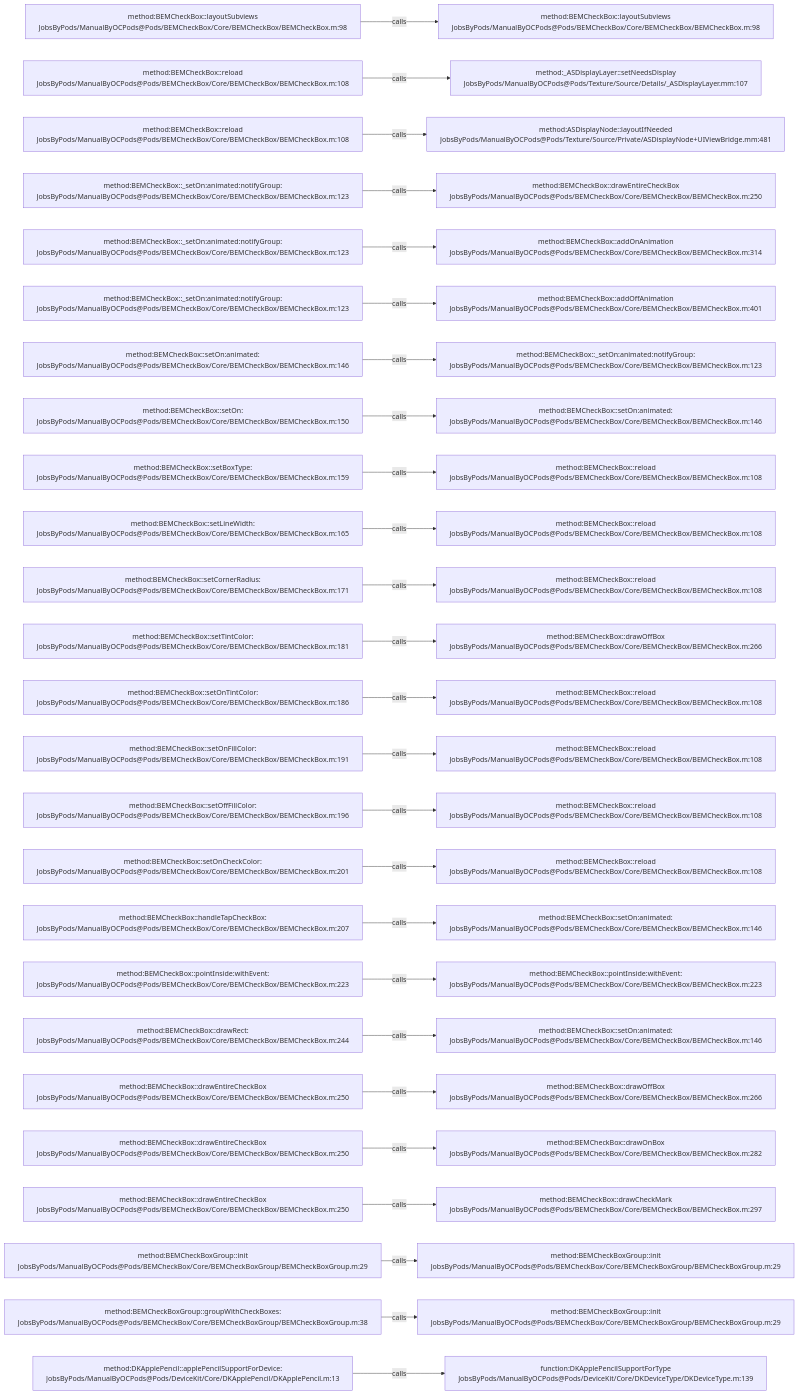
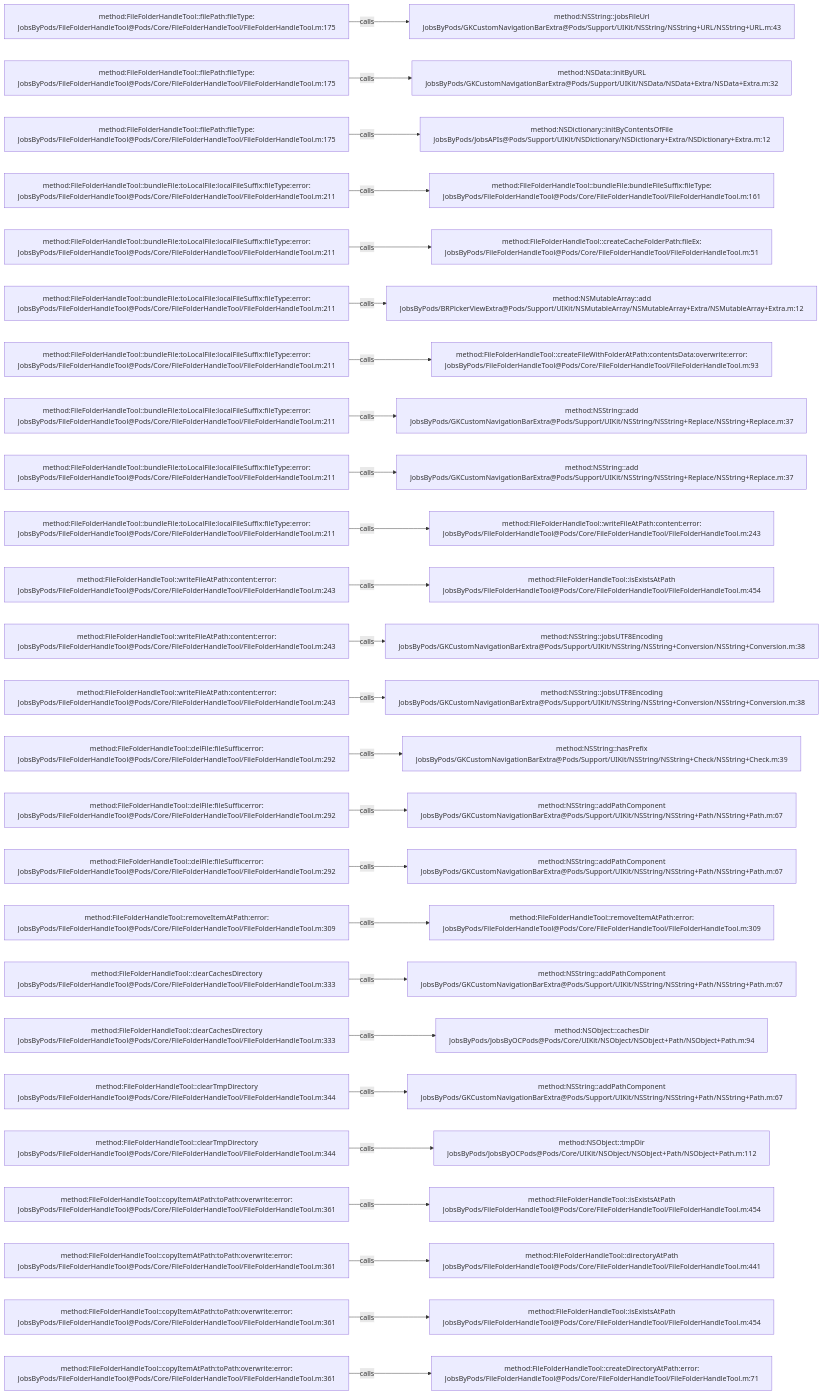
The diagram in .codegraph/codegraph.md/graphs/calls-006.md (JobsKits/JobsOCBaseConfigDemo), drawn with Mermaid before and after one commit. The commit also changed 768 other files, not shown here.

````diff
--- a/.codegraph/codegraph.md/graphs/calls-006.md
+++ b/.codegraph/codegraph.md/graphs/calls-006.md
@@ -13,78 +13,78 @@
 ```mermaid
 flowchart LR
-  S1["method:BEMCheckBox::layoutSubviews<br/>JobsByPods/ManualByOCPods@Pods/BEMCheckBox/Core/BEMCheckBox/BEMCheckBox.m:98"]
-  T1["method:BEMCheckBox::layoutSubviews<br/>JobsByPods/ManualByOCPods@Pods/BEMCheckBox/Core/BEMCheckBox/BEMCheckBox.m:98"]
+  S1["method:FileFolderHandleTool::filePath:fileType:<br/>JobsByPods/FileFolderHandleTool@Pods/Core/FileFolderHandleTool/FileFolderHandleTool.m:175"]
+  T1["method:NSString::jobsFileUrl<br/>JobsByPods/GKCustomNavigationBarExtra@Pods/Support/UIKit/NSString/NSString+URL/NSString+URL.m:43"]
   S1 -->|calls| T1
-  S2["method:BEMCheckBox::reload<br/>JobsByPods/ManualByOCPods@Pods/BEMCheckBox/Core/BEMCheckBox/BEMCheckBox.m:108"]
-  T2["method:_ASDisplayLayer::setNeedsDisplay<br/>JobsByPods/ManualByOCPods@Pods/Texture/Source/Details/_ASDisplayLayer.mm:107"]
+  S2["method:FileFolderHandleTool::filePath:fileType:<br/>JobsByPods/FileFolderHandleTool@Pods/Core/FileFolderHandleTool/FileFolderHandleTool.m:175"]
+  T2["method:NSData::initByURL<br/>JobsByPods/GKCustomNavigationBarExtra@Pods/Support/UIKit/NSData/NSData+Extra/NSData+Extra.m:32"]
   S2 -->|calls| T2
-  S3["method:BEMCheckBox::reload<br/>JobsByPods/ManualByOCPods@Pods/BEMCheckBox/Core/BEMCheckBox/BEMCheckBox.m:108"]
-  T3["method:ASDisplayNode::layoutIfNeeded<br/>JobsByPods/ManualByOCPods@Pods/Texture/Source/Private/ASDisplayNode+UIViewBridge.mm:481"]
+  S3["method:FileFolderHandleTool::filePath:fileType:<br/>JobsByPods/FileFolderHandleTool@Pods/Core/FileFolderHandleTool/FileFolderHandleTool.m:175"]
+  T3["method:NSDictionary::initByContentsOfFile<br/>JobsByPods/JobsAPIs@Pods/Support/UIKit/NSDictionary/NSDictionary+Extra/NSDictionary+Extra.m:12"]
   S3 -->|calls| T3
-  S4["method:BEMCheckBox::_setOn:animated:notifyGroup:<br/>JobsByPods/ManualByOCPods@Pods/BEMCheckBox/Core/BEMCheckBox/BEMCheckBox.m:123"]
-  T4["method:BEMCheckBox::drawEntireCheckBox<br/>JobsByPods/ManualByOCPods@Pods/BEMCheckBox/Core/BEMCheckBox/BEMCheckBox.m:250"]
+  S4["method:FileFolderHandleTool::bundleFile:toLocalFile:localFileSuffix:fileType:error:<br/>JobsByPods/FileFolderHandleTool@Pods/Core/FileFolderHandleTool/FileFolderHandleTool.m:211"]
+  T4["method:FileFolderHandleTool::bundleFile:bundleFileSuffix:fileType:<br/>JobsByPods/FileFolderHandleTool@Pods/Core/FileFolderHandleTool/FileFolderHandleTool.m:161"]
   S4 -->|calls| T4
-  S5["method:BEMCheckBox::_setOn:animated:notifyGroup:<br/>JobsByPods/ManualByOCPods@Pods/BEMCheckBox/Core/BEMCheckBox/BEMCheckBox.m:123"]
-  T5["method:BEMCheckBox::addOnAnimation<br/>JobsByPods/ManualByOCPods@Pods/BEMCheckBox/Core/BEMCheckBox/BEMCheckBox.m:314"]
+  S5["method:FileFolderHandleTool::bundleFile:toLocalFile:localFileSuffix:fileType:error:<br/>JobsByPods/FileFolderHandleTool@Pods/Core/FileFolderHandleTool/FileFolderHandleTool.m:211"]
+  T5["method:FileFolderHandleTool::createCacheFolderPath:fileEx:<br/>JobsByPods/FileFolderHandleTool@Pods/Core/FileFolderHandleTool/FileFolderHandleTool.m:51"]
   S5 -->|calls| T5
-  S6["method:BEMCheckBox::_setOn:animated:notifyGroup:<br/>JobsByPods/ManualByOCPods@Pods/BEMCheckBox/Core/BEMCheckBox/BEMCheckBox.m:123"]
-  T6["method:BEMCheckBox::addOffAnimation<br/>JobsByPods/ManualByOCPods@Pods/BEMCheckBox/Core/BEMCheckBox/BEMCheckBox.m:401"]
+  S6["method:FileFolderHandleTool::bundleFile:toLocalFile:localFileSuffix:fileType:error:<br/>JobsByPods/FileFolderHandleTool@Pods/Core/FileFolderHandleTool/FileFolderHandleTool.m:211"]
+  T6["method:NSMutableArray::add<br/>JobsByPods/BRPickerViewExtra@Pods/Support/UIKit/NSMutableArray/NSMutableArray+Extra/NSMutableArray+Extra.m:12"]
   S6 -->|calls| T6
-  S7["method:BEMCheckBox::setOn:animated:<br/>JobsByPods/ManualByOCPods@Pods/BEMCheckBox/Core/BEMCheckBox/BEMCheckBox.m:146"]
-  T7["method:BEMCheckBox::_setOn:animated:notifyGroup:<br/>JobsByPods/ManualByOCPods@Pods/BEMCheckBox/Core/BEMCheckBox/BEMCheckBox.m:123"]
+  S7["method:FileFolderHandleTool::bundleFile:toLocalFile:localFileSuffix:fileType:error:<br/>JobsByPods/FileFolderHandleTool@Pods/Core/FileFolderHandleTool/FileFolderHandleTool.m:211"]
+  T7["method:FileFolderHandleTool::createFileWithFolderAtPath:contentsData:overwrite:error:<br/>JobsByPods/FileFolderHandleTool@Pods/Core/FileFolderHandleTool/FileFolderHandleTool.m:93"]
   S7 -->|calls| T7
-  S8["method:BEMCheckBox::setOn:<br/>JobsByPods/ManualByOCPods@Pods/BEMCheckBox/Core/BEMCheckBox/BEMCheckBox.m:150"]
-  T8["method:BEMCheckBox::setOn:animated:<br/>JobsByPods/ManualByOCPods@Pods/BEMCheckBox/Core/BEMCheckBox/BEMCheckBox.m:146"]
+  S8["method:FileFolderHandleTool::bundleFile:toLocalFile:localFileSuffix:fileType:error:<br/>JobsByPods/FileFolderHandleTool@Pods/Core/FileFolderHandleTool/FileFolderHandleTool.m:211"]
+  T8["method:NSString::add<br/>JobsByPods/GKCustomNavigationBarExtra@Pods/Support/UIKit/NSString/NSString+Replace/NSString+Replace.m:37"]
   S8 -->|calls| T8
-  S9["method:BEMCheckBox::setBoxType:<br/>JobsByPods/ManualByOCPods@Pods/BEMCheckBox/Core/BEMCheckBox/BEMCheckBox.m:159"]
-  T9["method:BEMCheckBox::reload<br/>JobsByPods/ManualByOCPods@Pods/BEMCheckBox/Core/BEMCheckBox/BEMCheckBox.m:108"]
+  S9["method:FileFolderHandleTool::bundleFile:toLocalFile:localFileSuffix:fileType:error:<br/>JobsByPods/FileFolderHandleTool@Pods/Core/FileFolderHandleTool/FileFolderHandleTool.m:211"]
+  T9["method:NSString::add<br/>JobsByPods/GKCustomNavigationBarExtra@Pods/Support/UIKit/NSString/NSString+Replace/NSString+Replace.m:37"]
   S9 -->|calls| T9
-  S10["method:BEMCheckBox::setLineWidth:<br/>JobsByPods/ManualByOCPods@Pods/BEMCheckBox/Core/BEMCheckBox/BEMCheckBox.m:165"]
-  T10["method:BEMCheckBox::reload<br/>JobsByPods/ManualByOCPods@Pods/BEMCheckBox/Core/BEMCheckBox/BEMCheckBox.m:108"]
+  S10["method:FileFolderHandleTool::bundleFile:toLocalFile:localFileSuffix:fileType:error:<br/>JobsByPods/FileFolderHandleTool@Pods/Core/FileFolderHandleTool/FileFolderHandleTool.m:211"]
+  T10["method:FileFolderHandleTool::writeFileAtPath:content:error:<br/>JobsByPods/FileFolderHandleTool@Pods/Core/FileFolderHandleTool/FileFolderHandleTool.m:243"]
   S10 -->|calls| T10
-  S11["method:BEMCheckBox::setCornerRadius:<br/>JobsByPods/ManualByOCPods@Pods/BEMCheckBox/Core/BEMCheckBox/BEMCheckBox.m:171"]
-  T11["method:BEMCheckBox::reload<br/>JobsByPods/ManualByOCPods@Pods/BEMCheckBox/Core/BEMCheckBox/BEMCheckBox.m:108"]
+  S11["method:FileFolderHandleTool::writeFileAtPath:content:error:<br/>JobsByPods/FileFolderHandleTool@Pods/Core/FileFolderHandleTool/FileFolderHandleTool.m:243"]
+  T11["method:FileFolderHandleTool::isExistsAtPath<br/>JobsByPods/FileFolderHandleTool@Pods/Core/FileFolderHandleTool/FileFolderHandleTool.m:454"]
   S11 -->|calls| T11
-  S12["method:BEMCheckBox::setTintColor:<br/>JobsByPods/ManualByOCPods@Pods/BEMCheckBox/Core/BEMCheckBox/BEMCheckBox.m:181"]
-  T12["method:BEMCheckBox::drawOffBox<br/>JobsByPods/ManualByOCPods@Pods/BEMCheckBox/Core/BEMCheckBox/BEMCheckBox.m:266"]
+  S12["method:FileFolderHandleTool::writeFileAtPath:content:error:<br/>JobsByPods/FileFolderHandleTool@Pods/Core/FileFolderHandleTool/FileFolderHandleTool.m:243"]
+  T12["method:NSString::jobsUTF8Encoding<br/>JobsByPods/GKCustomNavigationBarExtra@Pods/Support/UIKit/NSString/NSString+Conversion/NSString+Conversion.m:38"]
   S12 -->|calls| T12
-  S13["method:BEMCheckBox::setOnTintColor:<br/>JobsByPods/ManualByOCPods@Pods/BEMCheckBox/Core/BEMCheckBox/BEMCheckBox.m:186"]
-  T13["method:BEMCheckBox::reload<br/>JobsByPods/ManualByOCPods@Pods/BEMCheckBox/Core/BEMCheckBox/BEMCheckBox.m:108"]
+  S13["method:FileFolderHandleTool::writeFileAtPath:content:error:<br/>JobsByPods/FileFolderHandleTool@Pods/Core/FileFolderHandleTool/FileFolderHandleTool.m:243"]
+  T13["method:NSString::jobsUTF8Encoding<br/>JobsByPods/GKCustomNavigationBarExtra@Pods/Support/UIKit/NSString/NSString+Conversion/NSString+Conversion.m:38"]
   S13 -->|calls| T13
-  S14["method:BEMCheckBox::setOnFillColor:<br/>JobsByPods/ManualByOCPods@Pods/BEMCheckBox/Core/BEMCheckBox/BEMCheckBox.m:191"]
-  T14["method:BEMCheckBox::reload<br/>JobsByPods/ManualByOCPods@Pods/BEMCheckBox/Core/BEMCheckBox/BEMCheckBox.m:108"]
+  S14["method:FileFolderHandleTool::delFile:fileSuffix:error:<br/>JobsByPods/FileFolderHandleTool@Pods/Core/FileFolderHandleTool/FileFolderHandleTool.m:292"]
+  T14["method:NSString::hasPrefix<br/>JobsByPods/GKCustomNavigationBarExtra@Pods/Support/UIKit/NSString/NSString+Check/NSString+Check.m:39"]
   S14 -->|calls| T14
-  S15["method:BEMCheckBox::setOffFillColor:<br/>JobsByPods/ManualByOCPods@Pods/BEMCheckBox/Core/BEMCheckBox/BEMCheckBox.m:196"]
-  T15["method:BEMCheckBox::reload<br/>JobsByPods/ManualByOCPods@Pods/BEMCheckBox/Core/BEMCheckBox/BEMCheckBox.m:108"]
+  S15["method:FileFolderHandleTool::delFile:fileSuffix:error:<br/>JobsByPods/FileFolderHandleTool@Pods/Core/FileFolderHandleTool/FileFolderHandleTool.m:292"]
+  T15["method:NSString::addPathComponent<br/>JobsByPods/GKCustomNavigationBarExtra@Pods/Support/UIKit/NSString/NSString+Path/NSString+Path.m:67"]
   S15 -->|calls| T15
-  S16["method:BEMCheckBox::setOnCheckColor:<br/>JobsByPods/ManualByOCPods@Pods/BEMCheckBox/Core/BEMCheckBox/BEMCheckBox.m:201"]
-  T16["method:BEMCheckBox::reload<br/>JobsByPods/ManualByOCPods@Pods/BEMCheckBox/Core/BEMCheckBox/BEMCheckBox.m:108"]
+  S16["method:FileFolderHandleTool::delFile:fileSuffix:error:<br/>JobsByPods/FileFolderHandleTool@Pods/Core/FileFolderHandleTool/FileFolderHandleTool.m:292"]
+  T16["method:NSString::addPathComponent<br/>JobsByPods/GKCustomNavigationBarExtra@Pods/Support/UIKit/NSString/NSString+Path/NSString+Path.m:67"]
   S16 -->|calls| T16
-  S17["method:BEMCheckBox::handleTapCheckBox:<br/>JobsByPods/ManualByOCPods@Pods/BEMCheckBox/Core/BEMCheckBox/BEMCheckBox.m:207"]
-  T17["method:BEMCheckBox::setOn:animated:<br/>JobsByPods/ManualByOCPods@Pods/BEMCheckBox/Core/BEMCheckBox/BEMCheckBox.m:146"]
+  S17["method:FileFolderHandleTool::removeItemAtPath:error:<br/>JobsByPods/FileFolderHandleTool@Pods/Core/FileFolderHandleTool/FileFolderHandleTool.m:309"]
+  T17["method:FileFolderHandleTool::removeItemAtPath:error:<br/>JobsByPods/FileFolderHandleTool@Pods/Core/FileFolderHandleTool/FileFolderHandleTool.m:309"]
   S17 -->|calls| T17
-  S18["method:BEMCheckBox::pointInside:withEvent:<br/>JobsByPods/ManualByOCPods@Pods/BEMCheckBox/Core/BEMCheckBox/BEMCheckBox.m:223"]
-  T18["method:BEMCheckBox::pointInside:withEvent:<br/>JobsByPods/ManualByOCPods@Pods/BEMCheckBox/Core/BEMCheckBox/BEMCheckBox.m:223"]
+  S18["method:FileFolderHandleTool::clearCachesDirectory<br/>JobsByPods/FileFolderHandleTool@Pods/Core/FileFolderHandleTool/FileFolderHandleTool.m:333"]
+  T18["method:NSString::addPathComponent<br/>JobsByPods/GKCustomNavigationBarExtra@Pods/Support/UIKit/NSString/NSString+Path/NSString+Path.m:67"]
   S18 -->|calls| T18
-  S19["method:BEMCheckBox::drawRect:<br/>JobsByPods/ManualByOCPods@Pods/BEMCheckBox/Core/BEMCheckBox/BEMCheckBox.m:244"]
-  T19["method:BEMCheckBox::setOn:animated:<br/>JobsByPods/ManualByOCPods@Pods/BEMCheckBox/Core/BEMCheckBox/BEMCheckBox.m:146"]
+  S19["method:FileFolderHandleTool::clearCachesDirectory<br/>JobsByPods/FileFolderHandleTool@Pods/Core/FileFolderHandleTool/FileFolderHandleTool.m:333"]
+  T19["method:NSObject::cachesDir<br/>JobsByPods/JobsByOCPods@Pods/Core/UIKit/NSObject/NSObject+Path/NSObject+Path.m:94"]
   S19 -->|calls| T19
-  S20["method:BEMCheckBox::drawEntireCheckBox<br/>JobsByPods/ManualByOCPods@Pods/BEMCheckBox/Core/BEMCheckBox/BEMCheckBox.m:250"]
-  T20["method:BEMCheckBox::drawOffBox<br/>JobsByPods/ManualByOCPods@Pods/BEMCheckBox/Core/BEMCheckBox/BEMCheckBox.m:266"]
+  S20["method:FileFolderHandleTool::clearTmpDirectory<br/>JobsByPods/FileFolderHandleTool@Pods/Core/FileFolderHandleTool/FileFolderHandleTool.m:344"]
+  T20["method:NSString::addPathComponent<br/>JobsByPods/GKCustomNavigationBarExtra@Pods/Support/UIKit/NSString/NSString+Path/NSString+Path.m:67"]
   S20 -->|calls| T20
-  S21["method:BEMCheckBox::drawEntireCheckBox<br/>JobsByPods/ManualByOCPods@Pods/BEMCheckBox/Core/BEMCheckBox/BEMCheckBox.m:250"]
-  T21["method:BEMCheckBox::drawOnBox<br/>JobsByPods/ManualByOCPods@Pods/BEMCheckBox/Core/BEMCheckBox/BEMCheckBox.m:282"]
+  S21["method:FileFolderHandleTool::clearTmpDirectory<br/>JobsByPods/FileFolderHandleTool@Pods/Core/FileFolderHandleTool/FileFolderHandleTool.m:344"]
+  T21["method:NSObject::tmpDir<br/>JobsByPods/JobsByOCPods@Pods/Core/UIKit/NSObject/NSObject+Path/NSObject+Path.m:112"]
   S21 -->|calls| T21
-  S22["method:BEMCheckBox::drawEntireCheckBox<br/>JobsByPods/ManualByOCPods@Pods/BEMCheckBox/Core/BEMCheckBox/BEMCheckBox.m:250"]
-  T22["method:BEMCheckBox::drawCheckMark<br/>JobsByPods/ManualByOCPods@Pods/BEMCheckBox/Core/BEMCheckBox/BEMCheckBox.m:297"]
+  S22["method:FileFolderHandleTool::copyItemAtPath:toPath:overwrite:error:<br/>JobsByPods/FileFolderHandleTool@Pods/Core/FileFolderHandleTool/FileFolderHandleTool.m:361"]
+  T22["method:FileFolderHandleTool::isExistsAtPath<br/>JobsByPods/FileFolderHandleTool@Pods/Core/FileFolderHandleTool/FileFolderHandleTool.m:454"]
   S22 -->|calls| T22
-  S23["method:BEMCheckBoxGroup::init<br/>JobsByPods/ManualByOCPods@Pods/BEMCheckBox/Core/BEMCheckBoxGroup/BEMCheckBoxGroup.m:29"]
-  T23["method:BEMCheckBoxGroup::init<br/>JobsByPods/ManualByOCPods@Pods/BEMCheckBox/Core/BEMCheckBoxGroup/BEMCheckBoxGroup.m:29"]
+  S23["method:FileFolderHandleTool::copyItemAtPath:toPath:overwrite:error:<br/>JobsByPods/FileFolderHandleTool@Pods/Core/FileFolderHandleTool/FileFolderHandleTool.m:361"]
+  T23["method:FileFolderHandleTool::directoryAtPath<br/>JobsByPods/FileFolderHandleTool@Pods/Core/FileFolderHandleTool/FileFolderHandleTool.m:441"]
   S23 -->|calls| T23
-  S24["method:BEMCheckBoxGroup::groupWithCheckBoxes:<br/>JobsByPods/ManualByOCPods@Pods/BEMCheckBox/Core/BEMCheckBoxGroup/BEMCheckBoxGroup.m:38"]
-  T24["method:BEMCheckBoxGroup::init<br/>JobsByPods/ManualByOCPods@Pods/BEMCheckBox/Core/BEMCheckBoxGroup/BEMCheckBoxGroup.m:29"]
+  S24["method:FileFolderHandleTool::copyItemAtPath:toPath:overwrite:error:<br/>JobsByPods/FileFolderHandleTool@Pods/Core/FileFolderHandleTool/FileFolderHandleTool.m:361"]
+  T24["method:FileFolderHandleTool::isExistsAtPath<br/>JobsByPods/FileFolderHandleTool@Pods/Core/FileFolderHandleTool/FileFolderHandleTool.m:454"]
   S24 -->|calls| T24
-  S25["method:DKApplePencil::applePencilSupportForDevice:<br/>JobsByPods/ManualByOCPods@Pods/DeviceKit/Core/DKApplePencil/DKApplePencil.m:13"]
-  T25["function:DKApplePencilSupportForType<br/>JobsByPods/ManualByOCPods@Pods/DeviceKit/Core/DKDeviceType/DKDeviceType.m:139"]
+  S25["method:FileFolderHandleTool::copyItemAtPath:toPath:overwrite:error:<br/>JobsByPods/FileFolderHandleTool@Pods/Core/FileFolderHandleTool/FileFolderHandleTool.m:361"]
+  T25["method:FileFolderHandleTool::createDirectoryAtPath:error:<br/>JobsByPods/FileFolderHandleTool@Pods/Core/FileFolderHandleTool/FileFolderHandleTool.m:71"]
   S25 -->|calls| T25
 ```
````
